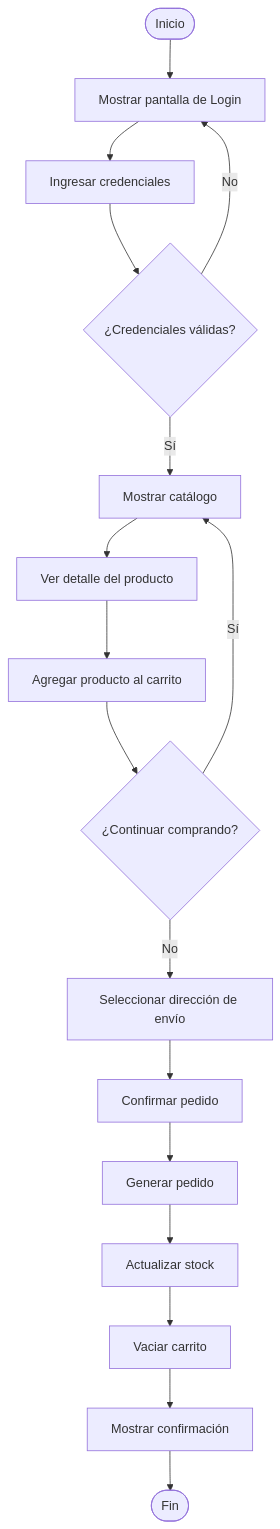
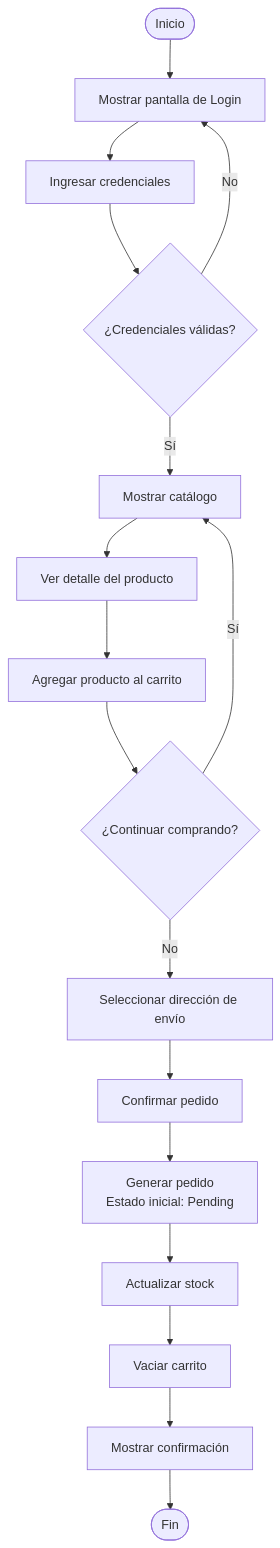
Before and after one commit to facusoster/FinalProdWebLaravel: the diagram in docs/diagramas/24_UML_ActividadCompra.md, drawn with Mermaid. The commit also changed other lines of this file and 24 other files, not shown here.

Commit message:
Actualización completa de documentación y diagramas

````diff
--- a/docs/diagramas/24_UML_ActividadCompra.md
+++ b/docs/diagramas/24_UML_ActividadCompra.md
@@ -23,65 +22,65 @@
 ```mermaid
 flowchart TD
 
 Inicio([Inicio])
 
 Login[Mostrar pantalla de Login]
 
 Credenciales[Ingresar credenciales]
 
 Validacion{¿Credenciales válidas?}
 
 Catalogo[Mostrar catálogo]
 
 Detalle[Ver detalle del producto]
 
 Agregar[Agregar producto al carrito]
 
 Continuar{¿Continuar comprando?}
 
 Direccion[Seleccionar dirección de envío]
 
 Confirmar[Confirmar pedido]
 
-Procesar[Generar pedido]
+Procesar[Generar pedido<br/>Estado inicial: Pending]
 
 Actualizar[Actualizar stock]
 
 Vaciar[Vaciar carrito]
 
 Exito[Mostrar confirmación]
 
 Fin([Fin])
 
 Inicio --> Login
 
 Login --> Credenciales
 
 Credenciales --> Validacion
 
 Validacion -- No --> Login
 
 Validacion -- Sí --> Catalogo
 
 Catalogo --> Detalle
 
 Detalle --> Agregar
 
 Agregar --> Continuar
 
 Continuar -- Sí --> Catalogo
 
 Continuar -- No --> Direccion
 
 Direccion --> Confirmar
 
 Confirmar --> Procesar
 
 Procesar --> Actualizar
 
 Actualizar --> Vaciar
 
 Vaciar --> Exito
 
 Exito --> Fin
 ```
````
